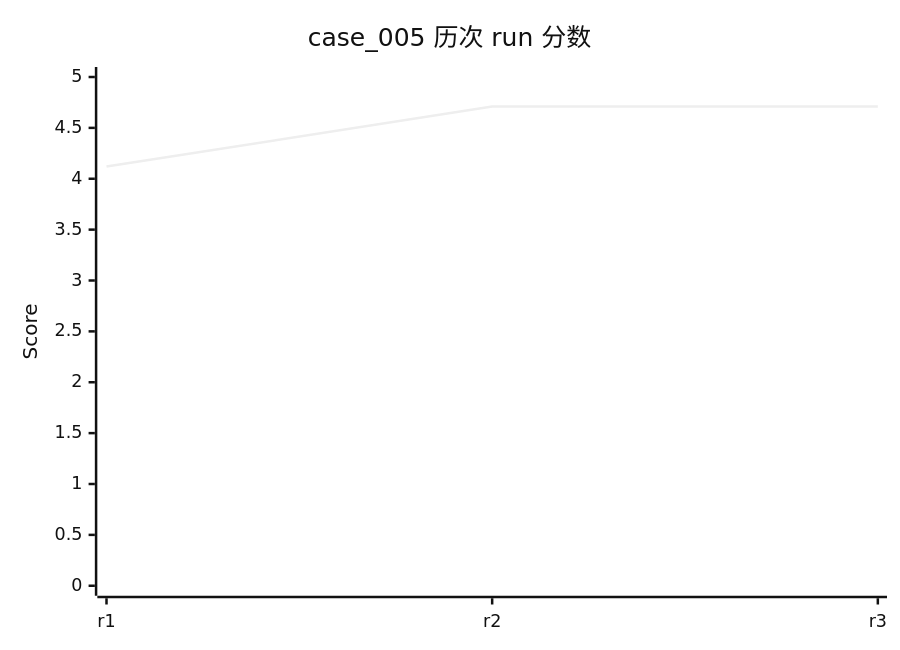
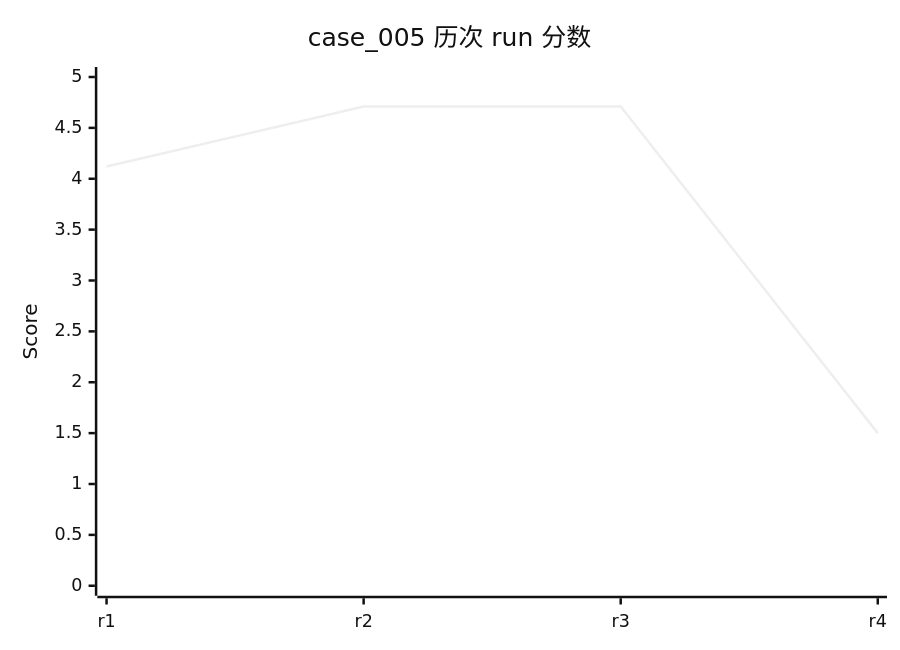
One commit to rushengzhou/sid-code changed diagram 11 of 58 in evals/DASHBOARD.md. Above: the diagram before and after it, drawn with Mermaid (neutral theme). The commit also changed other lines of this file and 34 other files, not shown here.

````diff
--- a/evals/DASHBOARD.md
+++ b/evals/DASHBOARD.md
@@ -284,7 +289,7 @@
 ```mermaid
 xychart-beta
     title "case_005 历次 run 分数"
-    x-axis [r1, r2, r3]
+    x-axis [r1, r2, r3, r4]
     y-axis "Score" 0 --> 5
-    line [4.12, 4.71, 4.71]
+    line [4.12, 4.71, 4.71, 1.50]
 ```
````
